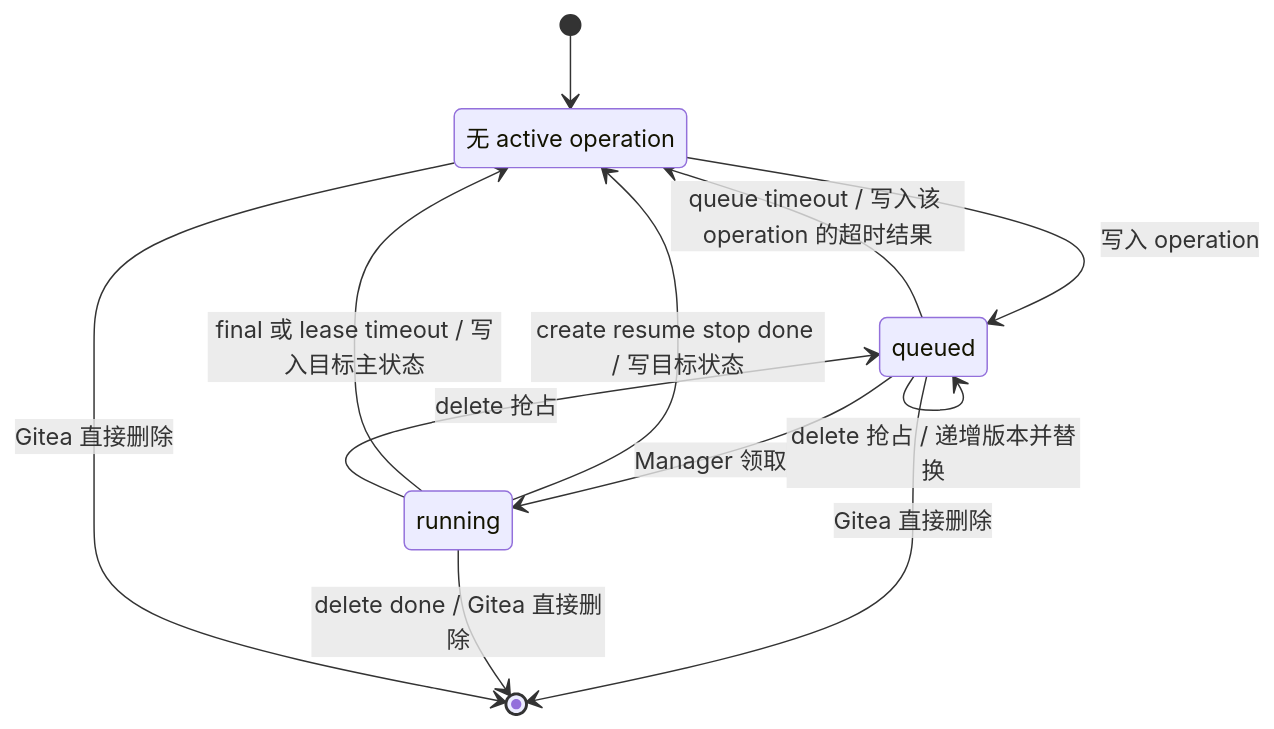
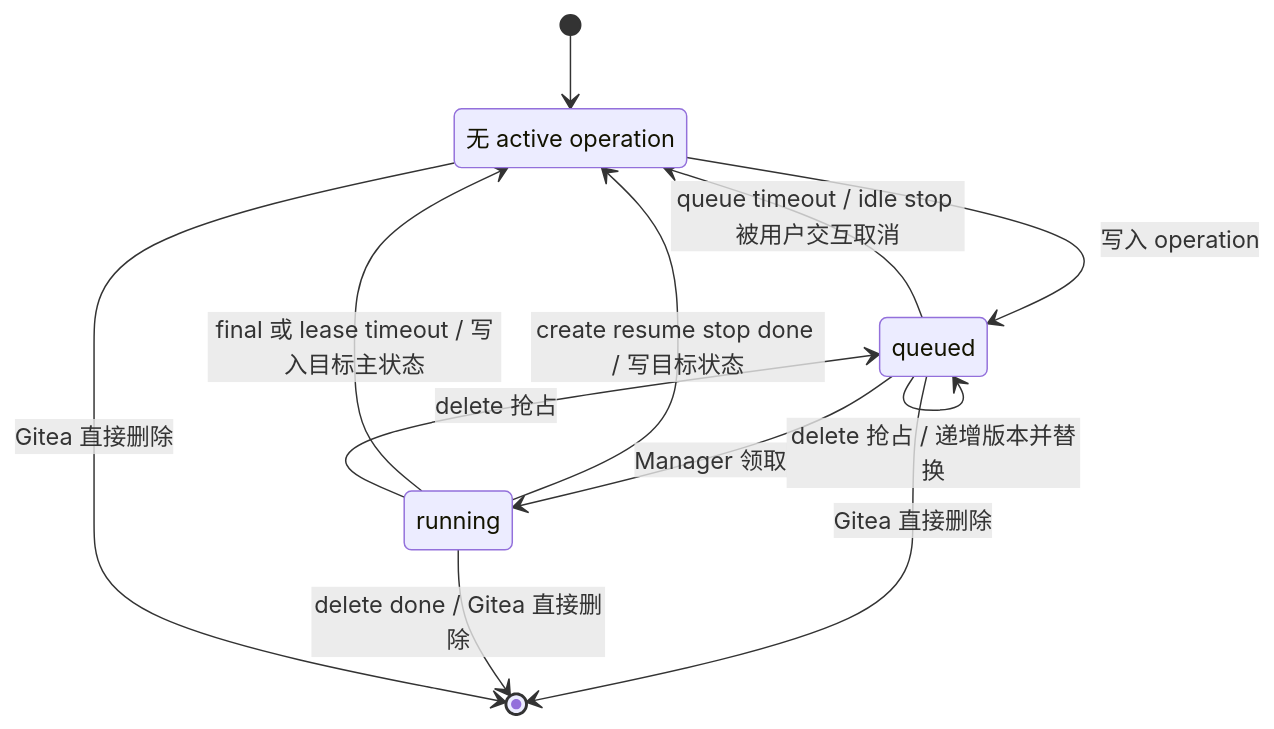
Before and after one commit to ExplodingDragon/gitea-dev: the second of 4 diagrams in src/state-machine.md, drawn with Mermaid. The commit also changed other lines of this file and 10 other files, not shown here.

````diff
--- a/src/state-machine.md
+++ b/src/state-machine.md
@@ -121,20 +126,20 @@
 ```mermaid
 stateDiagram-v2
     direction TB
 
     NoOp: 无 active operation
     Queued: queued
     Running: running
 
     [*] --> NoOp
     NoOp --> Queued: 写入 operation
     Queued --> Running: Manager 领取
-    Queued --> NoOp: queue timeout / 写入该 operation 的超时结果
+    Queued --> NoOp: queue timeout / idle stop 被用户交互取消
     Queued --> Queued: delete 抢占 / 递增版本并替换
     Queued --> [*]: Gitea 直接删除
     Running --> NoOp: create resume stop done / 写目标状态
     Running --> NoOp: final 或 lease timeout / 写入目标主状态
     Running --> Queued: delete 抢占
     Running --> [*]: delete done / Gitea 直接删除
     NoOp --> [*]: Gitea 直接删除
 ```
````
